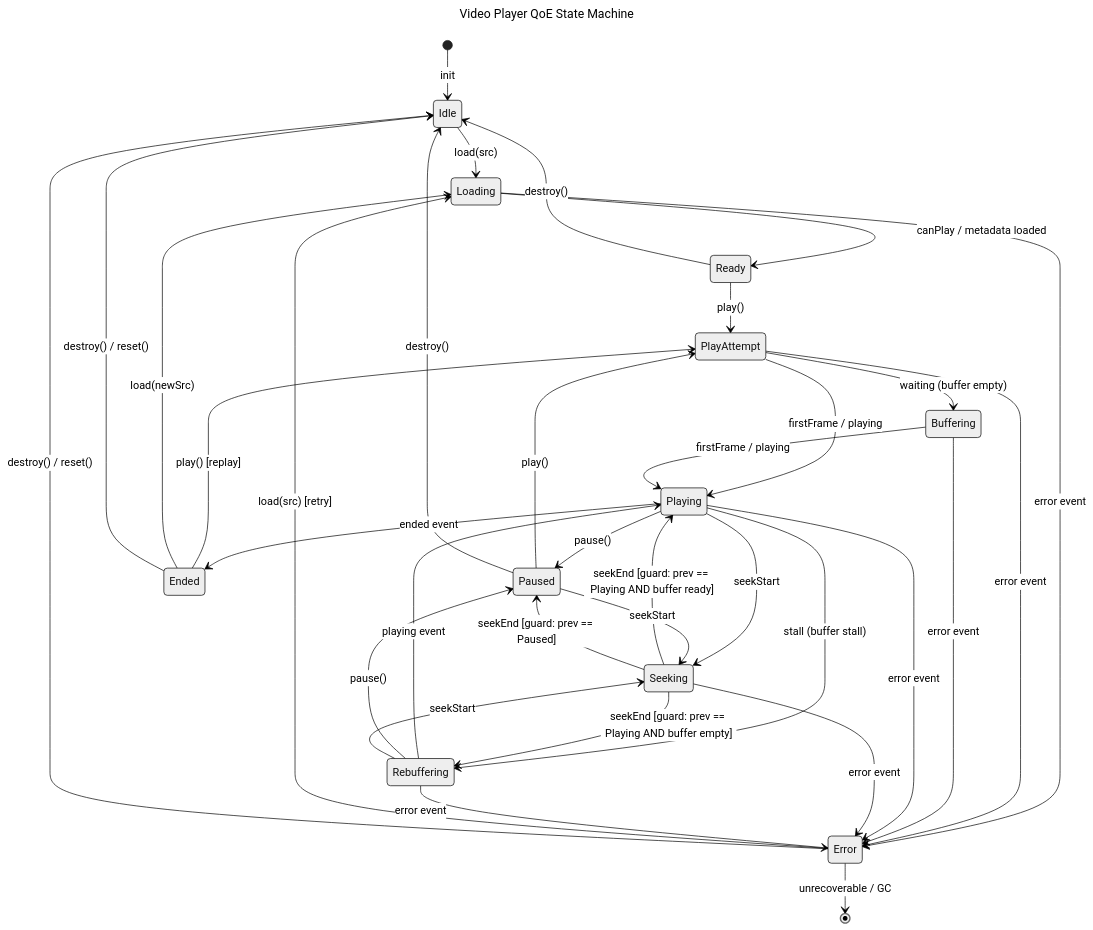
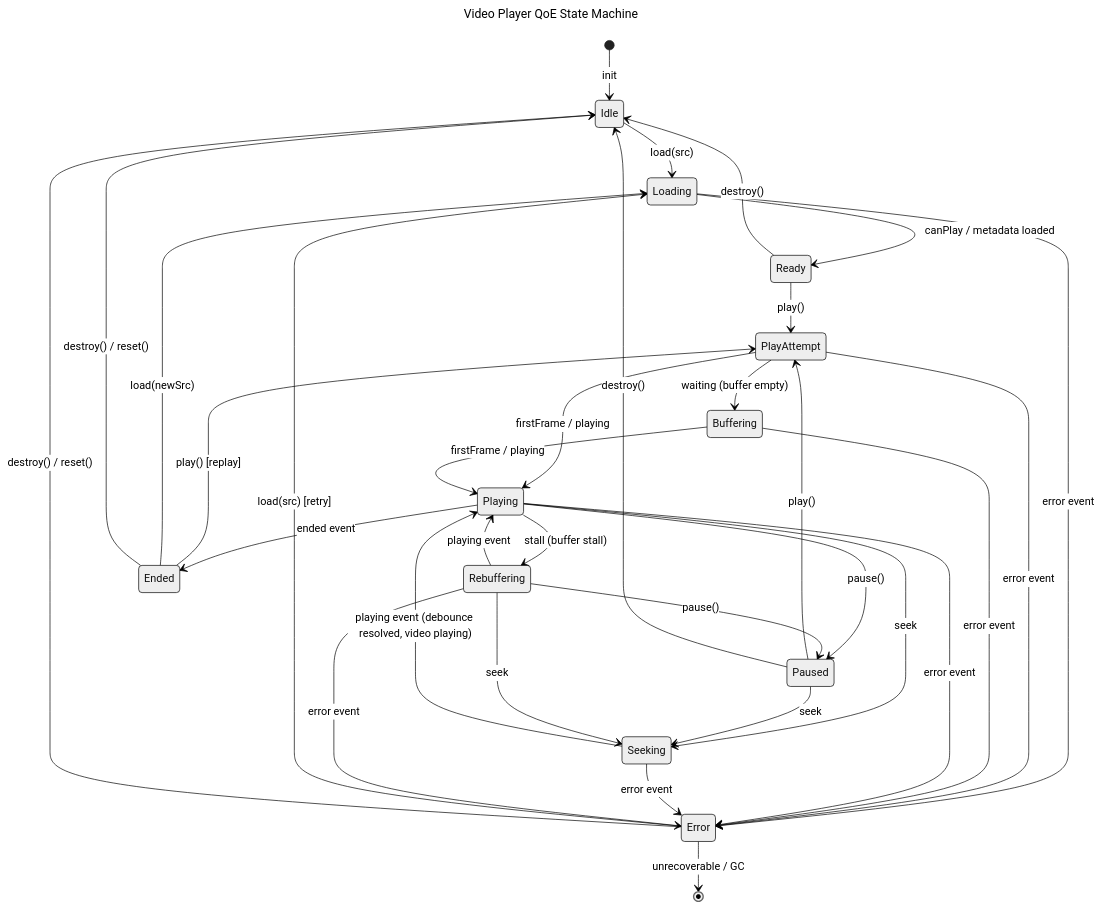
One commit to stevenlyons/plinth-video changed the diagram in docs/reference/player-state-machine.mermaid. Above: the diagram before and after it, drawn with Mermaid (neutral theme). The commit also changed 20 other files, not shown here.

First line of the commit message:
Seek tracking: debounce, suppress stalls, emit playing on resume (#28)

```diff
--- a/docs/reference/player-state-machine.mermaid
+++ b/docs/reference/player-state-machine.mermaid
@@ -1,99 +1,99 @@
 ---
 title: Video Player QoE State Machine
 ---
 stateDiagram-v2
 
     %% ── States ──────────────────────────────────────────────────────────────
     %%
     %%  Idle         No video source loaded; initial state after init or reset.
     %%  Loading      Source assigned; fetching manifest / metadata.
     %%  Ready        Metadata loaded; player paused at start position.
     %%  PlayAttempt  play() called; awaiting first decoded frame.
     %%               ⏱ VIDEO START TIME begins here.
     %%               ⏱ WATCHED TIME begins here.
     %%  Buffering    play() called but buffer is empty; downloading initial segment.
     %%               ⏱ VIDEO START TIME continues accumulating.
     %%  Playing      Frames actively being decoded and rendered.
     %%               ⏱ PLAYED TIME accumulates.
     %%  Paused       Playback suspended by user or system; position held.
     %%  Seeking      Seek requested; position changing, frames not rendered.
     %%  Rebuffering  Was Playing; buffer exhausted mid-playback; stalled.
     %%               ⏱ REBUFFER TIME accumulates.
     %%  Ended        Playback reached end of content naturally.
     %%  Error        Fatal, unrecoverable player error.
     %%
     %%  WATCHED TIME spans all states from PlayAttempt until Ended or destroy().
     %%
     %% ── Beacon Emissions ──────────────────────────────────────────────────────
     %%
     %%  Transition                                  Beacon(s) emitted
     %%  ──────────────────────────────────────────  ──────────────────────────────────────────────
     %%  Ready → PlayAttempt [play()]                play  (seq=0; no state/metrics; carries video/client/sdk)
     %%  Ended → PlayAttempt [play() replay]         play  (seq=0; new session, new play_id)
     %%  PlayAttempt|Buffering → Playing [firstFrame] first_frame  +  playing  (same timestamp; VST now known)
     %%  Playing → Paused [pause()]                  pause
-    %%  Playing → Seeking [seekStart]               seek_start
+    %%  Playing → Seeking [seek]                    seek
     %%  Playing → Rebuffering [stall]               stall
     %%  Playing → Ended [ended event]               completed
     %%  Playing → Error                             error
     %%  Paused → PlayAttempt [play()]               playing  (resume; same session)
-    %%  Seeking → Playing|Rebuffering|Paused        seek_end  (+ stall if seekEnd lands in Rebuffering)
+    %%  Seeking → Playing [playing event]           playing  (seek resolved by JS debounce)
+    %%  Seeking → Rebuffering [seekEnd buffer empty] stall
+    %%  Seeking → Paused [seekEnd prev==Paused]     (no beacon; stays paused)
     %%  Rebuffering → Playing [playing event]       playing  (stall recovery)
     %%  Rebuffering → Paused [pause()]              playing  +  pause
-    %%  Rebuffering → Seeking [seekStart]           playing  +  seek_start
+    %%  Rebuffering → Seeking [seek]                playing  +  seek
     %%  Any active state [destroy()]                ended
     %%  Any active state [heartbeat tick]           heartbeat  (when silent for heartbeat_interval_ms)
     %%
     %%  "Active" states: PlayAttempt, Buffering, Playing, Paused, Seeking, Rebuffering.
 
     [*] --> Idle : init
 
     %% ── Loading ──────────────────────────────────────────────────────────────
     Idle      --> Loading     : load(src)
     Loading   --> Ready       : canPlay / metadata loaded
     Loading   --> Error       : error event
 
     %% ── Play Initiation ──────────────────────────────────────────────────────
     Ready     --> PlayAttempt : play()
     Ready     --> Idle        : destroy()
 
     PlayAttempt --> Buffering : waiting (buffer empty)
     PlayAttempt --> Playing   : firstFrame / playing
     PlayAttempt --> Error     : error event
 
     Buffering   --> Playing   : firstFrame / playing
     Buffering   --> Error     : error event
 
     %% ── Active Playback ──────────────────────────────────────────────────────
     Playing --> Paused        : pause()
-    Playing --> Seeking       : seekStart
+    Playing --> Seeking       : seek
     Playing --> Rebuffering   : stall (buffer stall)
     Playing --> Ended         : ended event
     Playing --> Error         : error event
 
     %% ── Paused ───────────────────────────────────────────────────────────────
     Paused  --> PlayAttempt   : play()
-    Paused  --> Seeking       : seekStart
+    Paused  --> Seeking       : seek
     Paused  --> Idle          : destroy()
 
     %% ── Seeking ──────────────────────────────────────────────────────────────
-    %% Guard tracks the state that was active when seekStart fired.
-    Seeking --> Playing       : seekEnd [guard: prev == Playing AND buffer ready]
-    Seeking --> Rebuffering   : seekEnd [guard: prev == Playing AND buffer empty]
-    Seeking --> Paused        : seekEnd [guard: prev == Paused]
+    %% JS integrations resolve seeks by sending a playing event after a 300ms debounce.
+    Seeking --> Playing       : playing event (debounce resolved, video playing)
     Seeking --> Error         : error event
 
     %% ── Rebuffering ──────────────────────────────────────────────────────────
     Rebuffering --> Playing   : playing event
     Rebuffering --> Paused    : pause()
-    Rebuffering --> Seeking   : seekStart
+    Rebuffering --> Seeking   : seek
     Rebuffering --> Error     : error event
 
     %% ── Terminal / Reset ─────────────────────────────────────────────────────
     Ended --> PlayAttempt     : play() [replay]
     Ended --> Loading         : load(newSrc)
     Ended --> Idle            : destroy() / reset()
 
     Error --> Loading         : load(src) [retry]
     Error --> Idle            : destroy() / reset()
     Error --> [*]             : unrecoverable / GC
```
